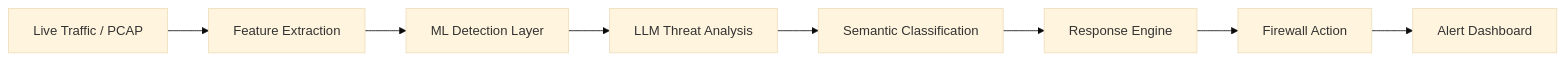
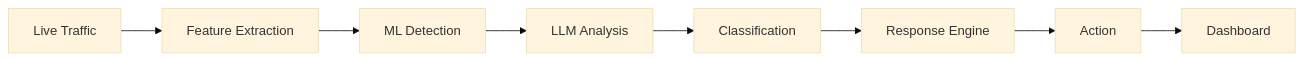
Before and after one commit to skarthi369/skarthi369: the first of 3 diagrams in README.md, drawn with Mermaid (base theme). The commit also changed other lines of this file, not shown here.

````diff
--- a/README.md
+++ b/README.md
@@ -149,10 +289,10 @@
 ```mermaid
 flowchart LR
-    A[Live Traffic / PCAP] --> B[Feature Extraction]
-    B --> C[ML Detection Layer]
-    C --> D[LLM Threat Analysis]
-    D --> E[Semantic Classification]
+    A[Live Traffic] --> B[Feature Extraction]
+    B --> C[ML Detection]
+    C --> D[LLM Analysis]
+    D --> E[Classification]
     E --> F[Response Engine]
-    F --> G[Firewall Action]
-    G --> H[Alert Dashboard]
+    F --> G[Action]
+    G --> H[Dashboard]
 ```
````
